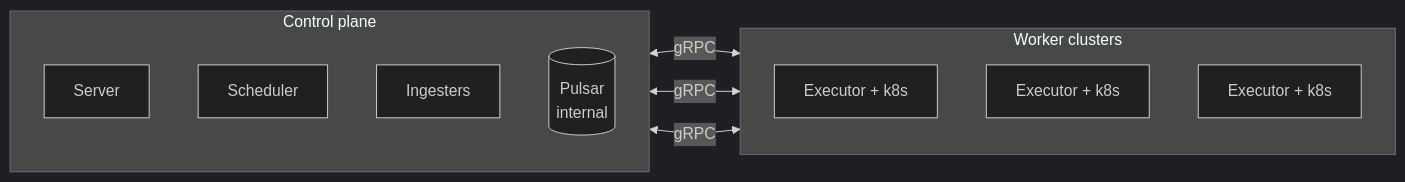
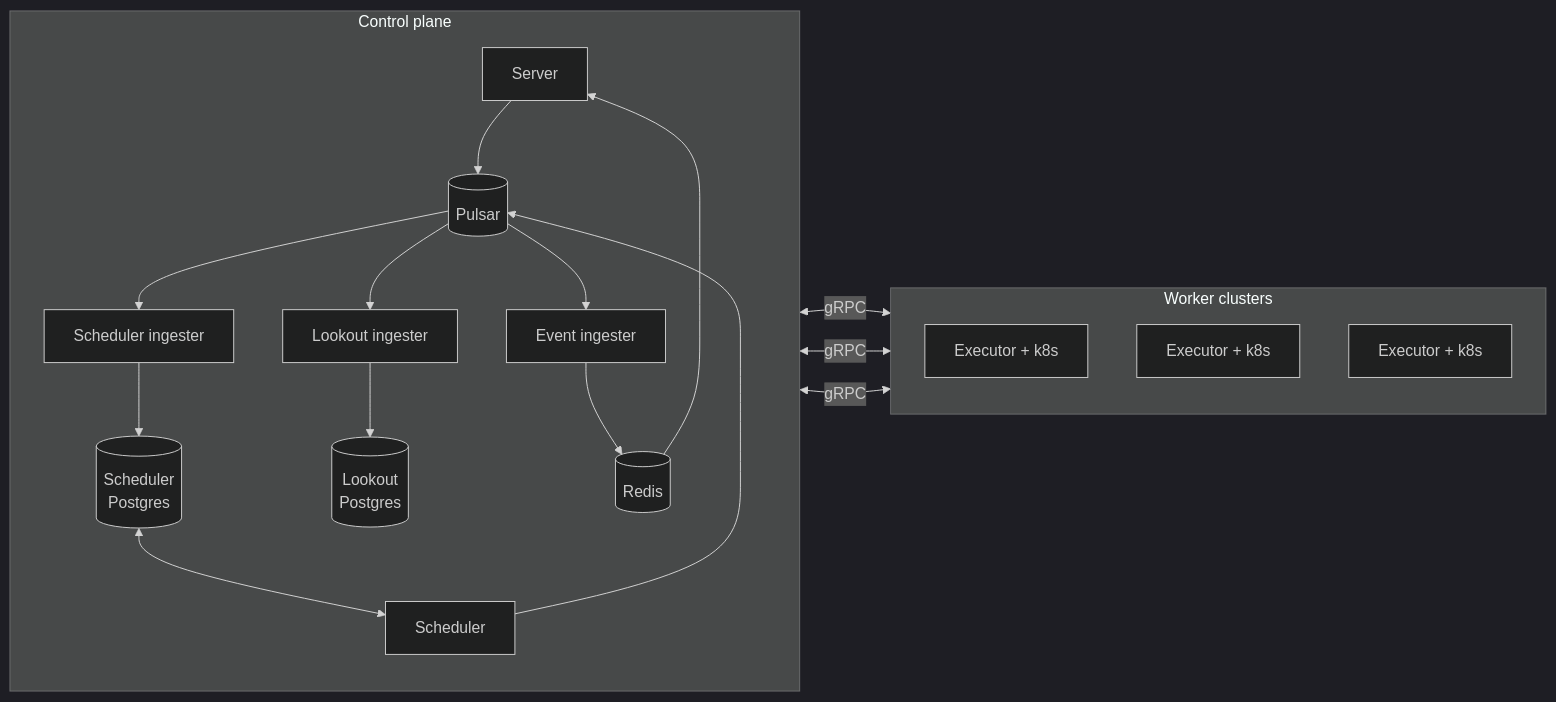
The first of 11 diagrams in docs/developer/job-lifecycle-events.md (armadaproject/armada), drawn with Mermaid (dark theme) before and after one commit. The commit also changed other lines of this file, not shown here.

````diff
--- a/docs/developer/job-lifecycle-events.md
+++ b/docs/developer/job-lifecycle-events.md
@@ -28,19 +61,34 @@
 ```mermaid
 flowchart LR
     subgraph CP["Control plane"]
         direction TB
         S[Server]
         Sc[Scheduler]
-        I[Ingesters]
-        P[(Pulsar<br/>internal)]
+        P[(Pulsar)]
+        SI[Scheduler ingester]
+        LI[Lookout ingester]
+        EI[Event ingester]
+        SD[(Scheduler<br/>Postgres)]
+        LD[(Lookout<br/>Postgres)]
+        R[(Redis)]
+        S --> P
+        Sc --> P
+        P --> SI
+        P --> LI
+        P --> EI
+        SI --> SD
+        SD <--> Sc
+        LI --> LD
+        EI --> R
+        R --> S
     end
     subgraph Workers["Worker clusters"]
         direction TB
         E1[Executor + k8s]
         E2[Executor + k8s]
         E3[Executor + k8s]
     end
     Sc <-->|gRPC| E1
     Sc <-->|gRPC| E2
     Sc <-->|gRPC| E3
 ```
````
